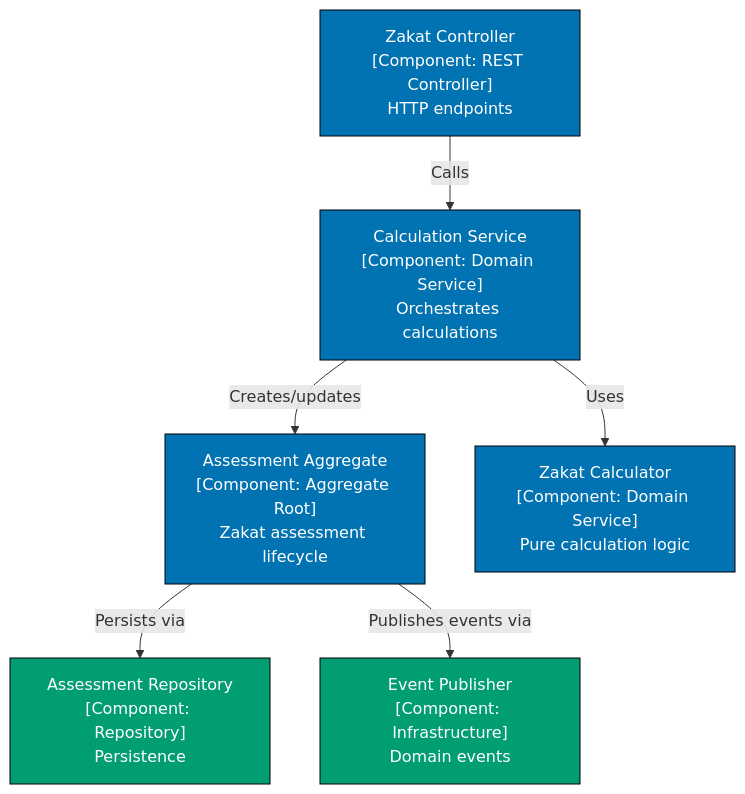
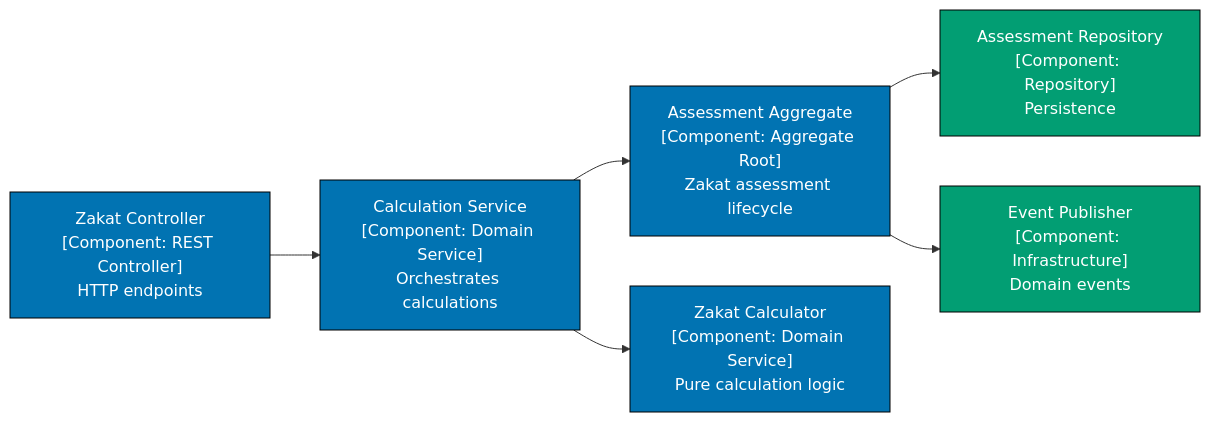
The fourth of 5 diagrams in docs/explanation/software-engineering/architecture/c4-architecture-model/bounded-context-visualization.md (wahidyankf/open-sharia-enterprise), drawn with Mermaid before and after one commit. The commit also changed other lines of this file and 9 other files, not shown here.

First line of the commit message:
fix(docs): fix mermaid violations in architecture docs

````diff
--- a/docs/explanation/software-engineering/architecture/c4-architecture-model/bounded-context-visualization.md
+++ b/docs/explanation/software-engineering/architecture/c4-architecture-model/bounded-context-visualization.md
@@ -175,18 +184,18 @@
 ```mermaid
-graph TD
+graph LR
     Controller["Zakat Controller<br/>[Component: REST Controller]<br/>HTTP endpoints"]:::blue
     CalcService["Calculation Service<br/>[Component: Domain Service]<br/>Orchestrates calculations"]:::blue
     Assessment["Assessment Aggregate<br/>[Component: Aggregate Root]<br/>Zakat assessment lifecycle"]:::blue
     Calculator["Zakat Calculator<br/>[Component: Domain Service]<br/>Pure calculation logic"]:::blue
     AssessmentRepo["Assessment Repository<br/>[Component: Repository]<br/>Persistence"]:::teal
     EventPublisher["Event Publisher<br/>[Component: Infrastructure]<br/>Domain events"]:::teal
 
-    Controller -->|"Calls"| CalcService
-    CalcService -->|"Creates/updates"| Assessment
-    CalcService -->|"Uses"| Calculator
-    Assessment -->|"Persists via"| AssessmentRepo
-    Assessment -->|"Publishes events via"| EventPublisher
+    Controller --> CalcService
+    CalcService --> Assessment
+    CalcService --> Calculator
+    Assessment --> AssessmentRepo
+    Assessment --> EventPublisher
 
     classDef blue fill:#0173B2,stroke:#000,color:#FFF
     classDef teal fill:#029E73,stroke:#000,color:#FFF
 ```
````
